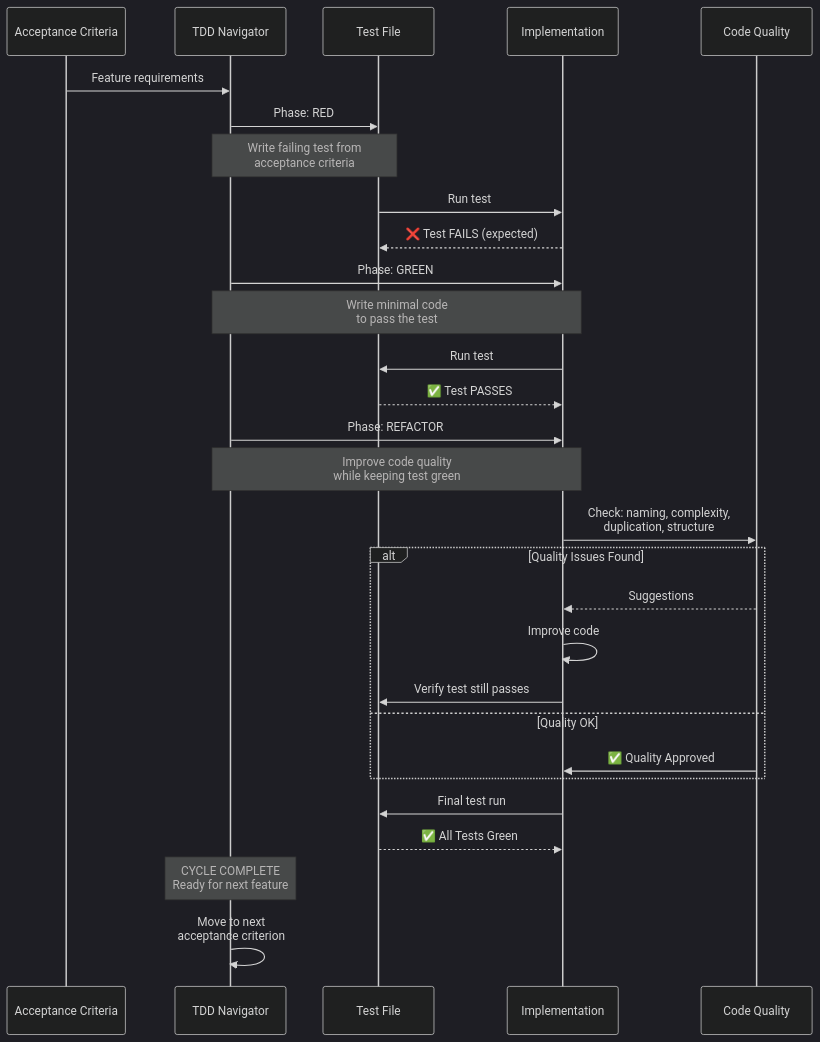
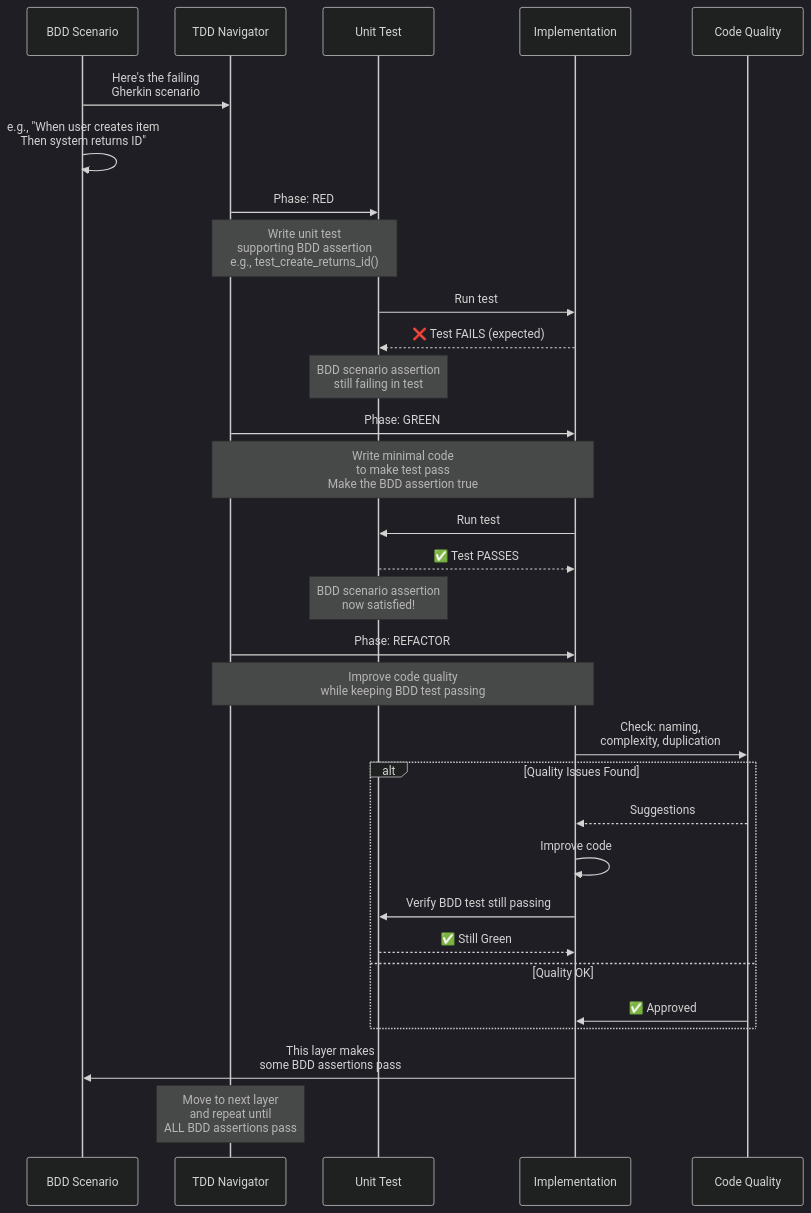
The fourth of 6 diagrams in project-template/.github/README.md (oboukhris-palo/training-day-3), drawn with Mermaid (dark theme) before and after one commit. The commit also changed other lines of this file and 8 other files, not shown here.

Commit message:
feat: Enhance PM agent with Jira MCP integration for epic and user story management, workflow BDD enhancement

````diff
--- a/project-template/.github/README.md
+++ b/project-template/.github/README.md
@@ -154,38 +242,41 @@
 ```mermaid
 sequenceDiagram
-    participant AC as Acceptance Criteria
+    participant BDD as BDD Scenario
     participant TDD as TDD Navigator
-    participant Test as Test File
+    participant Test as Unit Test
     participant Code as Implementation
-    participant Lint as Code Quality
+    participant Quality as Code Quality
     
-    AC->>TDD: Feature requirements
+    BDD->>TDD: Here's the failing<br/>Gherkin scenario
+    BDD->>BDD: e.g., "When user creates item<br/>Then system returns ID"
+    
     TDD->>Test: Phase: RED
-    Note over TDD,Test: Write failing test from<br/>acceptance criteria
+    Note over TDD,Test: Write unit test<br/>supporting BDD assertion<br/>e.g., test_create_returns_id()
     
     Test->>Code: Run test
     Code-->>Test: ❌ Test FAILS (expected)
+    Note over Test: BDD scenario assertion<br/>still failing in test
     
     TDD->>Code: Phase: GREEN
-    Note over TDD,Code: Write minimal code<br/>to pass the test
+    Note over TDD,Code: Write minimal code<br/>to make test pass<br/>Make the BDD assertion true
     Code->>Test: Run test
     Test-->>Code: ✅ Test PASSES
+    Note over Test: BDD scenario assertion<br/>now satisfied!
     
     TDD->>Code: Phase: REFACTOR
-    Note over TDD,Code: Improve code quality<br/>while keeping test green
-    Code->>Lint: Check: naming, complexity,<br/>duplication, structure
+    Note over TDD,Code: Improve code quality<br/>while keeping BDD test passing
+    Code->>Quality: Check: naming,<br/>complexity, duplication
     
     alt Quality Issues Found
-        Lint-->>Code: Suggestions
+        Quality-->>Code: Suggestions
         Code->>Code: Improve code
-        Code->>Test: Verify test still passes
+        Code->>Test: Verify BDD test still passing
+        Test-->>Code: ✅ Still Green
     else Quality OK
-        Lint->>Code: ✅ Quality Approved
+        Quality->>Code: ✅ Approved
     end
     
-    Code->>Test: Final test run
-    Test-->>Code: ✅ All Tests Green
+    Code->>BDD: This layer makes<br/>some BDD assertions pass
     
-    Note over TDD: CYCLE COMPLETE<br/>Ready for next feature
-    TDD->>TDD: Move to next<br/>acceptance criterion
+    Note over TDD: Move to next layer<br/>and repeat until<br/>ALL BDD assertions pass
 ```
````
